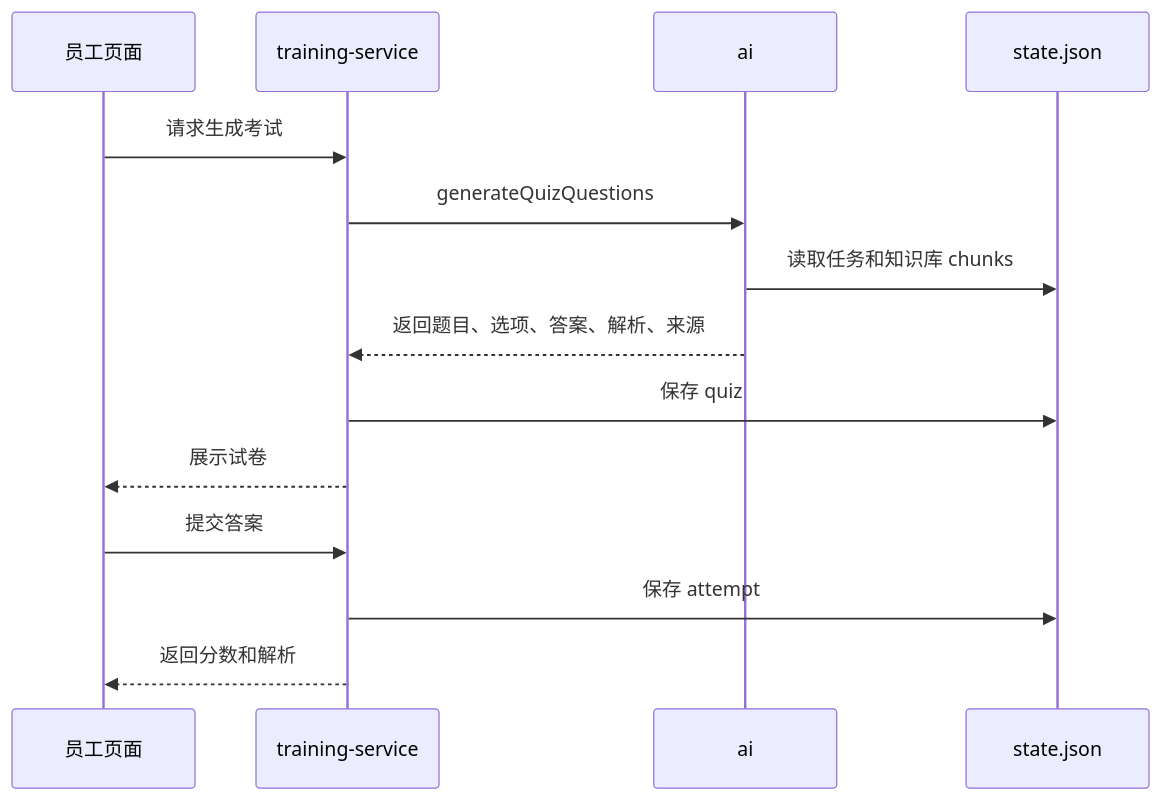
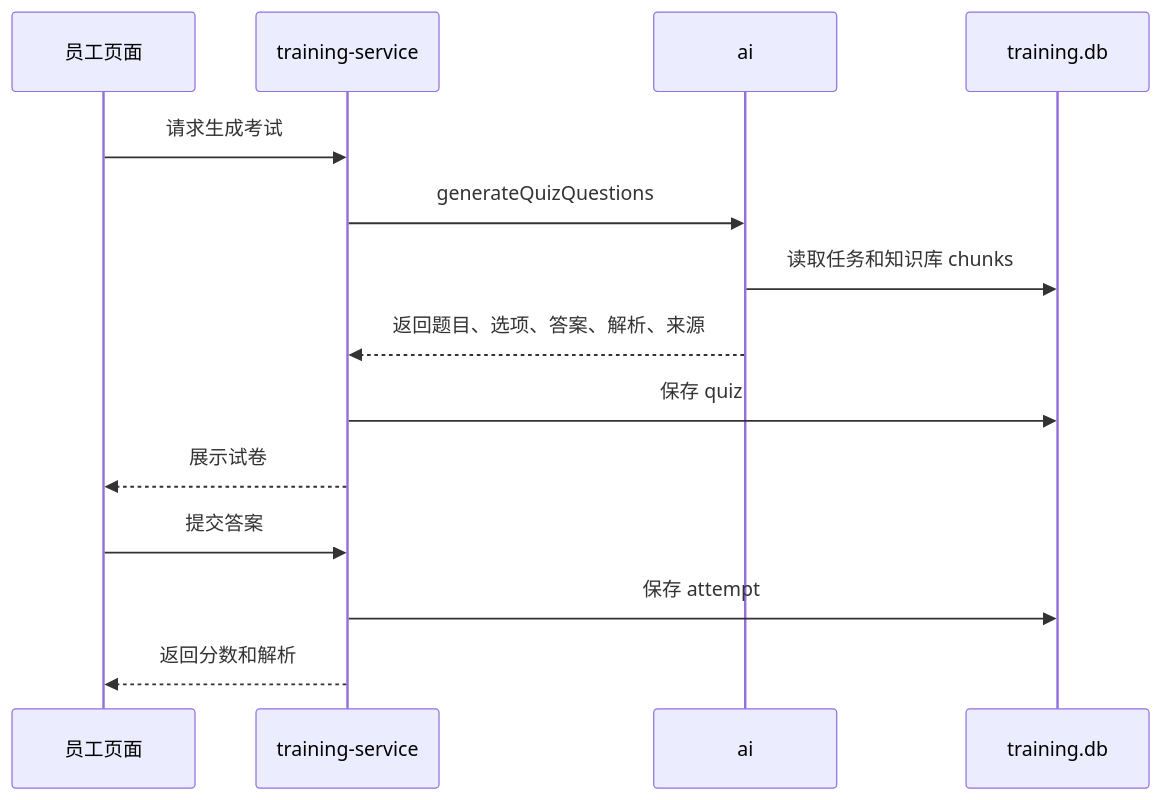
The fourth of 4 diagrams in docs/PROJECT_OVERVIEW.md (fanhua317/peixunfapin), drawn with Mermaid before and after one commit. The commit also changed other lines of this file and 22 other files, not shown here.

````diff
--- a/docs/PROJECT_OVERVIEW.md
+++ b/docs/PROJECT_OVERVIEW.md
@@ -624,17 +629,17 @@
 ```mermaid
 sequenceDiagram
     participant Emp as 员工页面
     participant API as training-service
     participant AI as ai
-    participant Store as state.json
+    participant Store as training.db
 
     Emp->>API: 请求生成考试
     API->>AI: generateQuizQuestions
     AI->>Store: 读取任务和知识库 chunks
     AI-->>API: 返回题目、选项、答案、解析、来源
     API->>Store: 保存 quiz
     API-->>Emp: 展示试卷
     Emp->>API: 提交答案
     API->>Store: 保存 attempt
     API-->>Emp: 返回分数和解析
 ```
````
